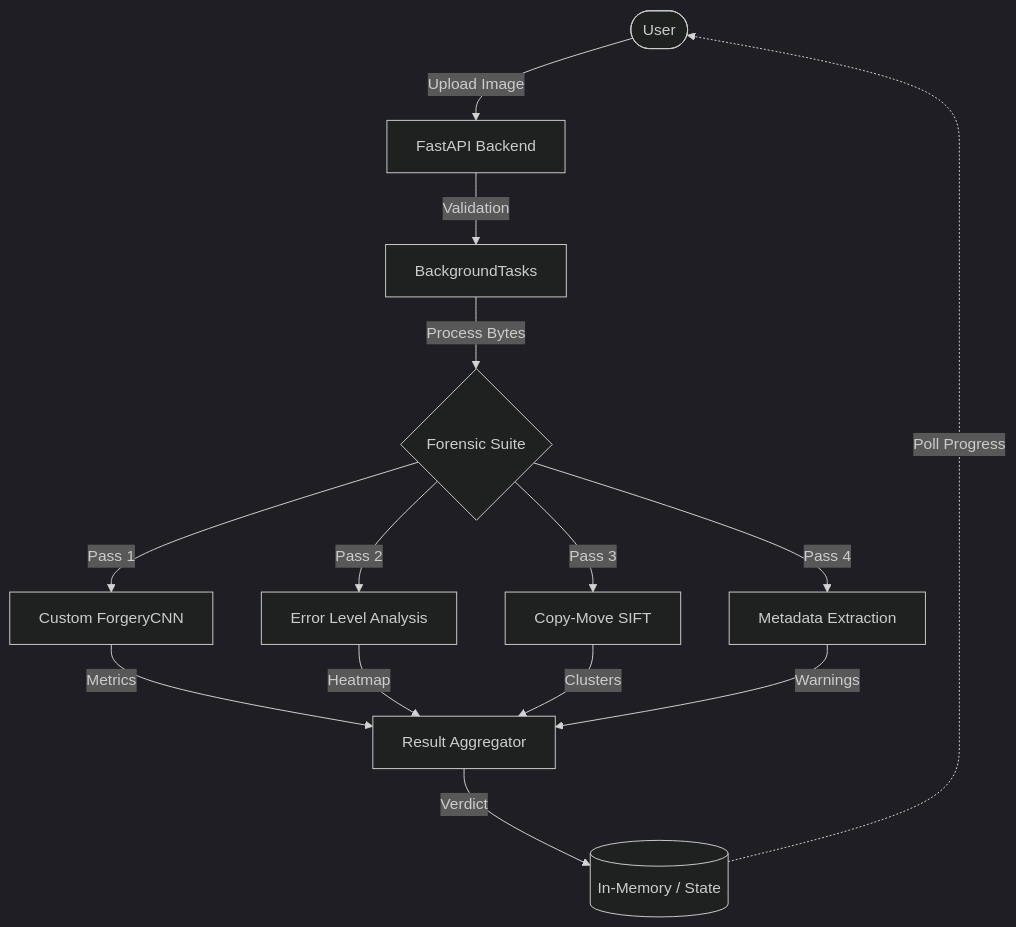
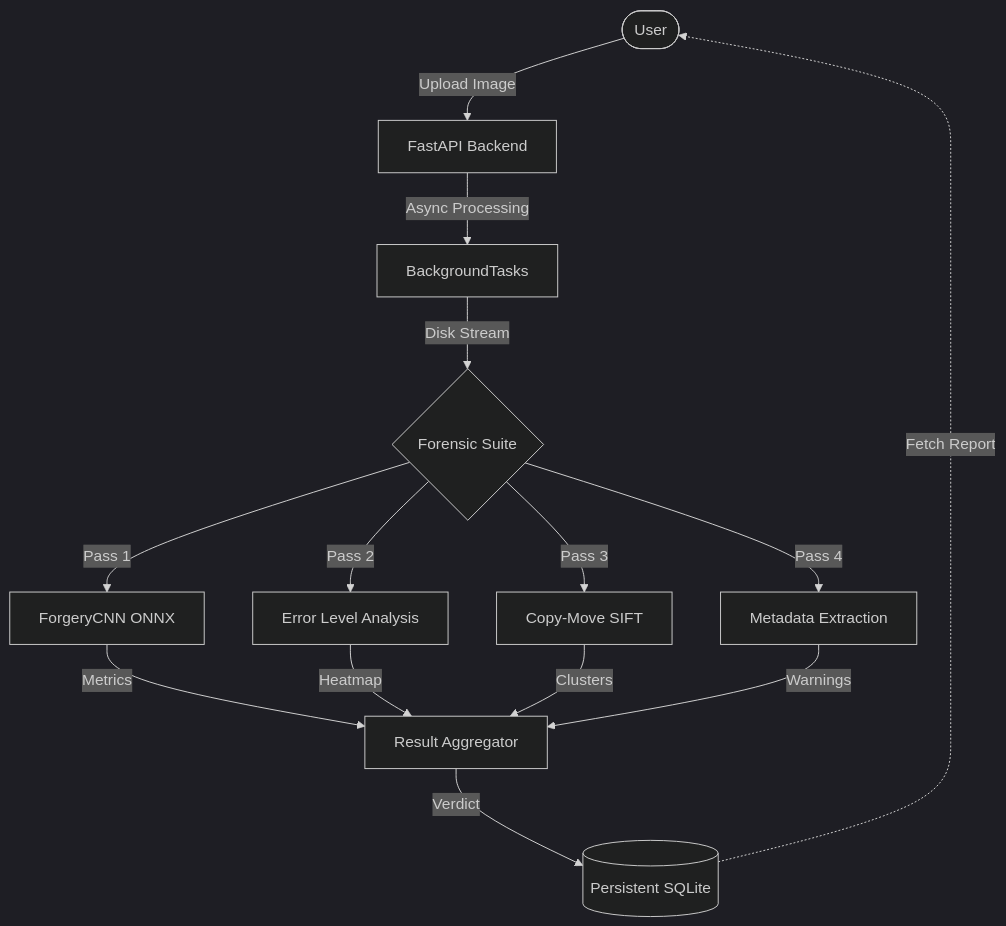
The diagram in README.md (pintukumar916206-ops/IMAGE-FORGERY), drawn with Mermaid (dark theme) before and after one commit. The commit also changed other lines of this file and 22 other files, not shown here.

````diff
--- a/README.md
+++ b/README.md
@@ -13,16 +13,16 @@
 ```mermaid
 graph TD
     User([User]) -->|Upload Image| API[FastAPI Backend]
-    API -->|Validation| Queue[BackgroundTasks]
-    Queue -->|Process Bytes| Worker{Forensic Suite}
-    Worker -->|Pass 1| ML[Custom ForgeryCNN]
+    API -->|Async Processing| Queue[BackgroundTasks]
+    Queue -->|Disk Stream| Worker{Forensic Suite}
+    Worker -->|Pass 1| ML[ForgeryCNN ONNX]
     Worker -->|Pass 2| ELA[Error Level Analysis]
     Worker -->|Pass 3| SIFT[Copy-Move SIFT]
     Worker -->|Pass 4| EXIF[Metadata Extraction]
     ML -->|Metrics| Aggregator[Result Aggregator]
     ELA -->|Heatmap| Aggregator
     SIFT -->|Clusters| Aggregator
     EXIF -->|Warnings| Aggregator
-    Aggregator -->|Verdict| DB[(In-Memory / State)]
-    DB -.->|Poll Progress| User
+    Aggregator -->|Verdict| DB[(Persistent SQLite)]
+    DB -.->|Fetch Report| User
 ```
````
